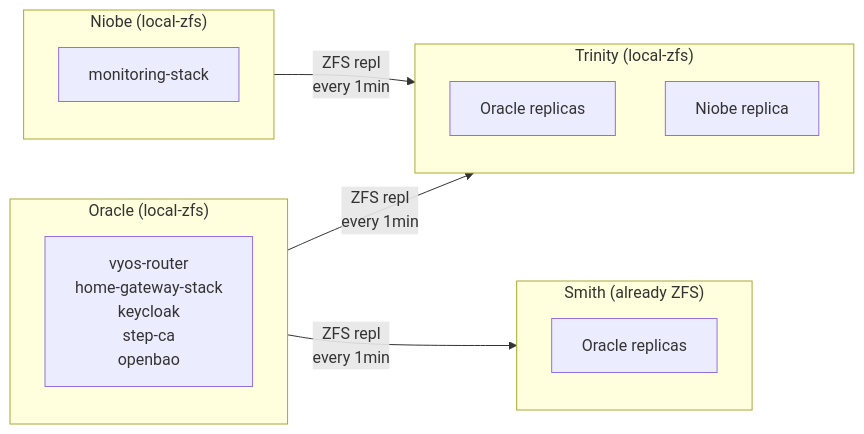
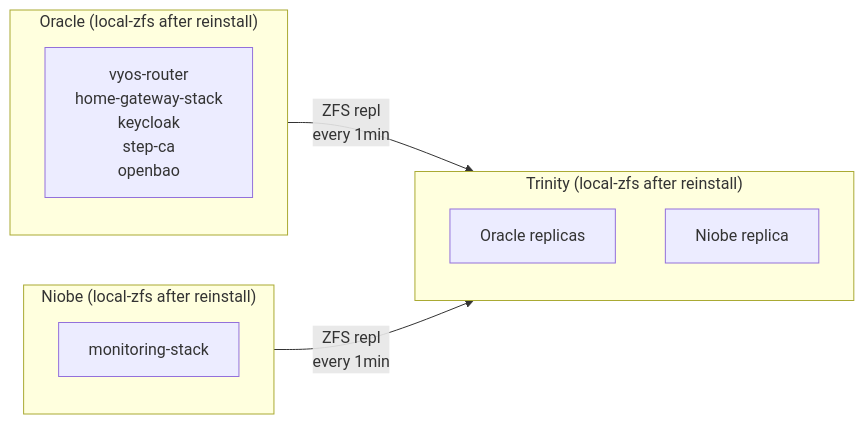
The diagram in docs/exploration/proxmox-ha.md (shedrachokonofua/aether), drawn with Mermaid before and after one commit. The commit also changed other lines of this file and 7 other files, not shown here.

````diff
--- a/docs/exploration/proxmox-ha.md
+++ b/docs/exploration/proxmox-ha.md
@@ -40,23 +57,18 @@
 ```mermaid
 flowchart LR
-    subgraph Oracle["Oracle (local-zfs)"]
+    subgraph Oracle["Oracle (local-zfs after reinstall)"]
         O_VMs["vyos-router<br/>home-gateway-stack<br/>keycloak<br/>step-ca<br/>openbao"]
     end
 
-    subgraph Trinity["Trinity (local-zfs)"]
+    subgraph Trinity["Trinity (local-zfs after reinstall)"]
         T_Oracle["Oracle replicas"]
         T_Niobe["Niobe replica"]
     end
 
-    subgraph Smith["Smith (already ZFS)"]
-        S_Oracle["Oracle replicas"]
-    end
-
-    subgraph Niobe["Niobe (local-zfs)"]
+    subgraph Niobe["Niobe (local-zfs after reinstall)"]
         N_VMs["monitoring-stack"]
     end
 
     Oracle -->|ZFS repl<br/>every 1min| Trinity
-    Oracle -->|ZFS repl<br/>every 1min| Smith
     Niobe -->|ZFS repl<br/>every 1min| Trinity
 ```
````
